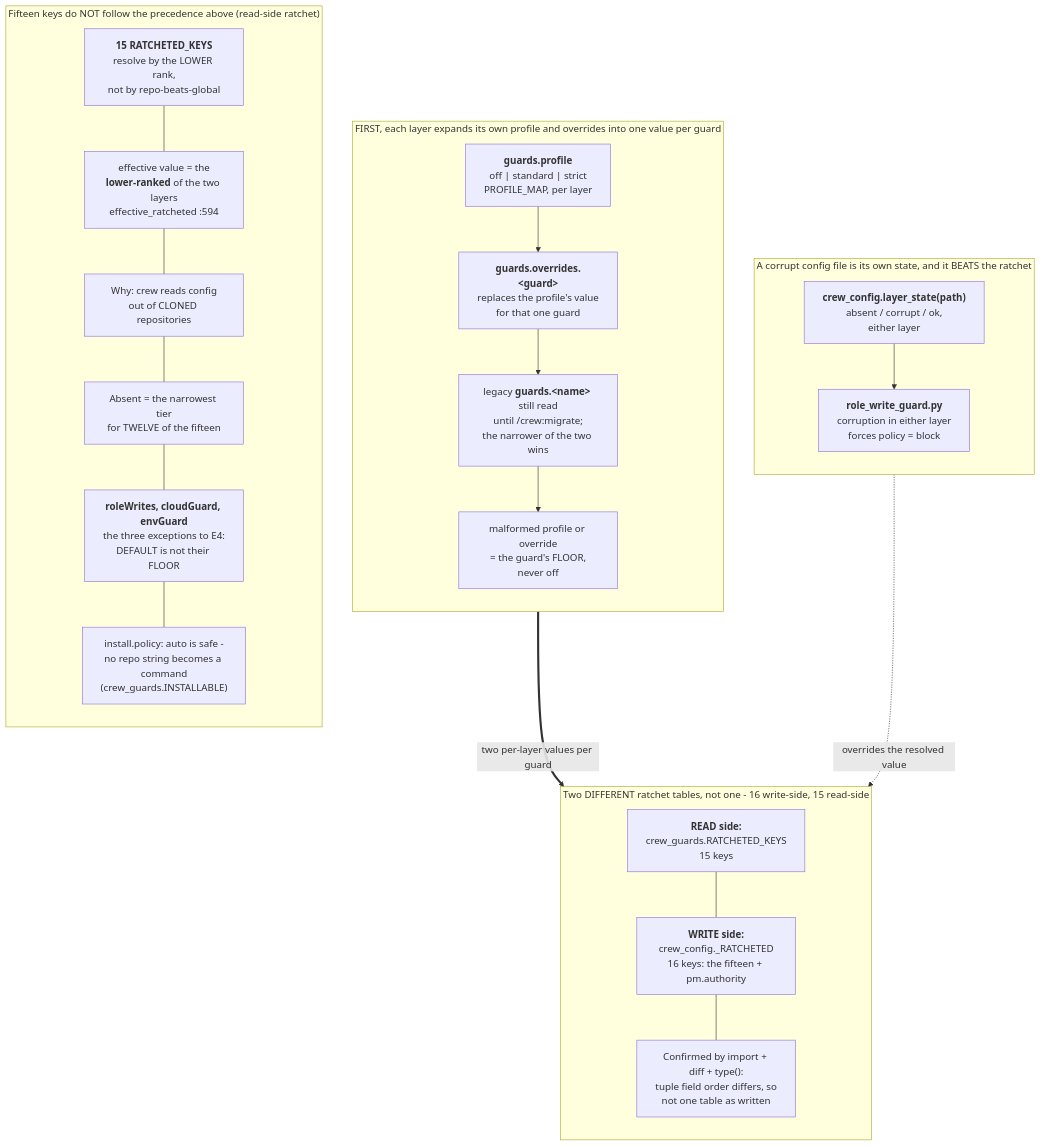
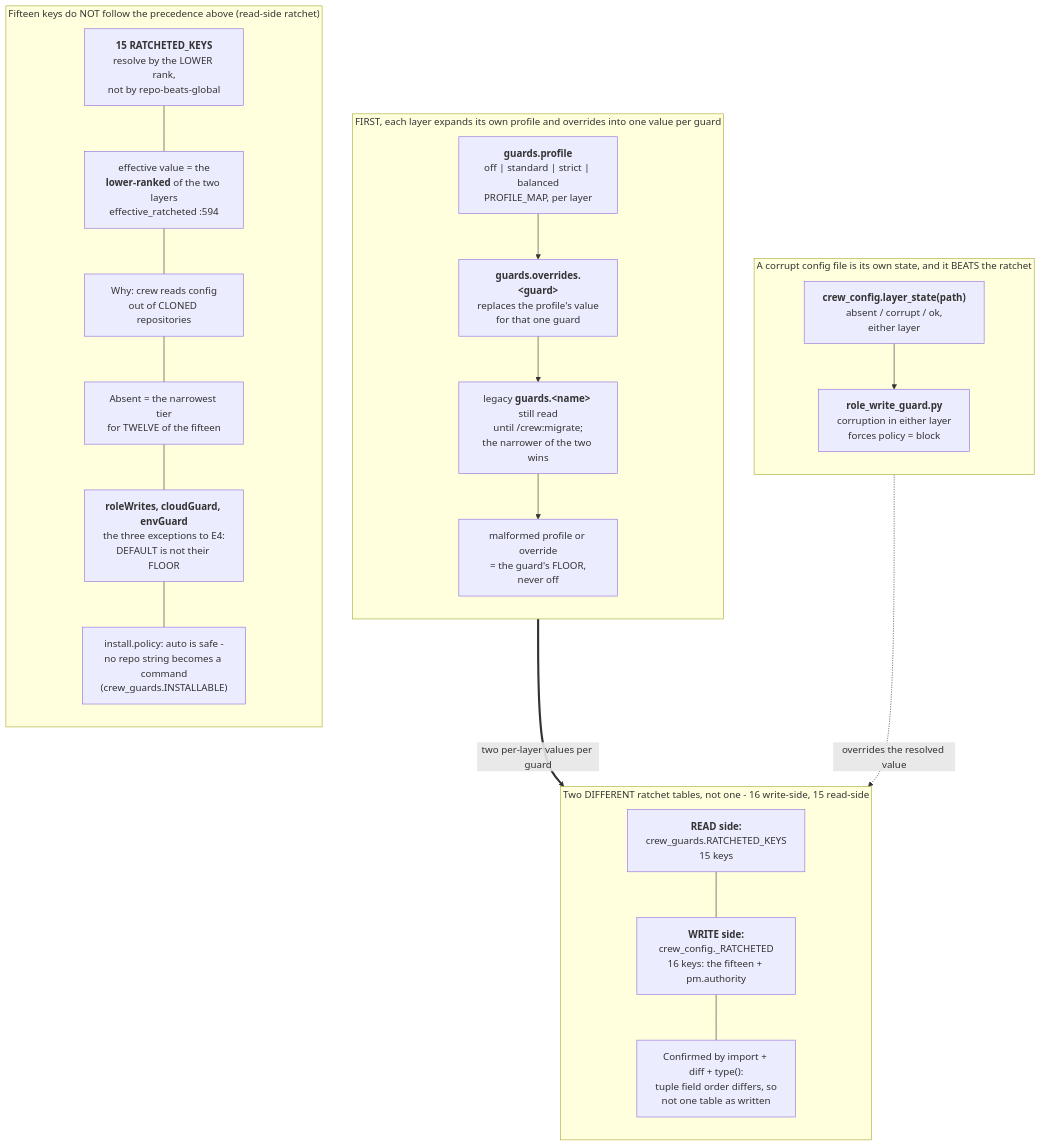
One commit to mbadali25/useful-claude-add-ons changed the fifth of 38 diagrams in docs/diagrams/README.md. Above: the diagram before and after it, drawn with Mermaid. The commit also changed other lines of this file and 26 other files, not shown here.

First line of the commit message:
feat(crew): balanced guard profile and the tiered value for dev/QA deploys (R-35)

````diff
--- a/docs/diagrams/README.md
+++ b/docs/diagrams/README.md
@@ -241,37 +241,37 @@
 ```mermaid
 flowchart TB
 
     subgraph Expand["FIRST, each layer expands its own profile and overrides into one value per guard"]
         direction TB
-        X1["<b>guards.profile</b><br/>off | standard | strict<br/>PROFILE_MAP, per layer"]
+        X1["<b>guards.profile</b><br/>off | standard | strict | balanced<br/>PROFILE_MAP, per layer"]
         X2["<b>guards.overrides.&lt;guard&gt;</b><br/>replaces the profile's value<br/>for that one guard"]
         X3["legacy <b>guards.&lt;name&gt;</b> still read<br/>until /crew:migrate;<br/>the narrower of the two wins"]
         X4["malformed profile or override<br/>= the guard's FLOOR,<br/>never off"]
         X1 --> X2 --> X3 --> X4
     end
     Expand ==>|"two per-layer values per guard"| Ratchet
     subgraph Ratchet["Two DIFFERENT ratchet tables, not one - 16 write-side, 15 read-side"]
         direction TB
         RG["<b>READ side:</b><br/>crew_guards.RATCHETED_KEYS<br/>15 keys"]
         RC["<b>WRITE side:</b><br/>crew_config._RATCHETED<br/>16 keys: the fifteen + pm.authority"]
         RSHAPE["Confirmed by import + diff + type():<br/>tuple field order differs, so<br/>not one table as written"]
         RG --- RC --- RSHAPE
     end
     subgraph Corrupt["A corrupt config file is its own state, and it BEATS the ratchet"]
         direction TB
         LS["<b>crew_config.layer_state(path)</b><br/>absent / corrupt / ok,<br/>either layer"]
         FORCE["<b>role_write_guard.py</b><br/>corruption in either layer<br/>forces policy = block"]
         LS --> FORCE
     end
     FORCE -.->|"overrides the resolved value"| Ratchet
     subgraph Except["Fifteen keys do NOT follow the precedence above (read-side ratchet)"]
         direction TB
         E1["<b>15 RATCHETED_KEYS</b><br/>resolve by the LOWER rank,<br/>not by repo-beats-global"]
         E2["effective value = the<br/><b>lower-ranked</b> of the two layers<br/>effective_ratcheted :594"]
         E3["Why: crew reads config<br/>out of CLONED repositories"]
         E4["Absent = the narrowest tier<br/>for TWELVE of the fifteen"]
         E5["<b>roleWrites, cloudGuard, envGuard</b><br/>the three exceptions to E4:<br/>DEFAULT is not their FLOOR"]
         E6["install.policy: auto is safe -<br/>no repo string becomes a command<br/>(crew_guards.INSTALLABLE)"]
         E1 --- E2 --- E3 --- E4 --- E5 --- E6
     end
 ```
````
